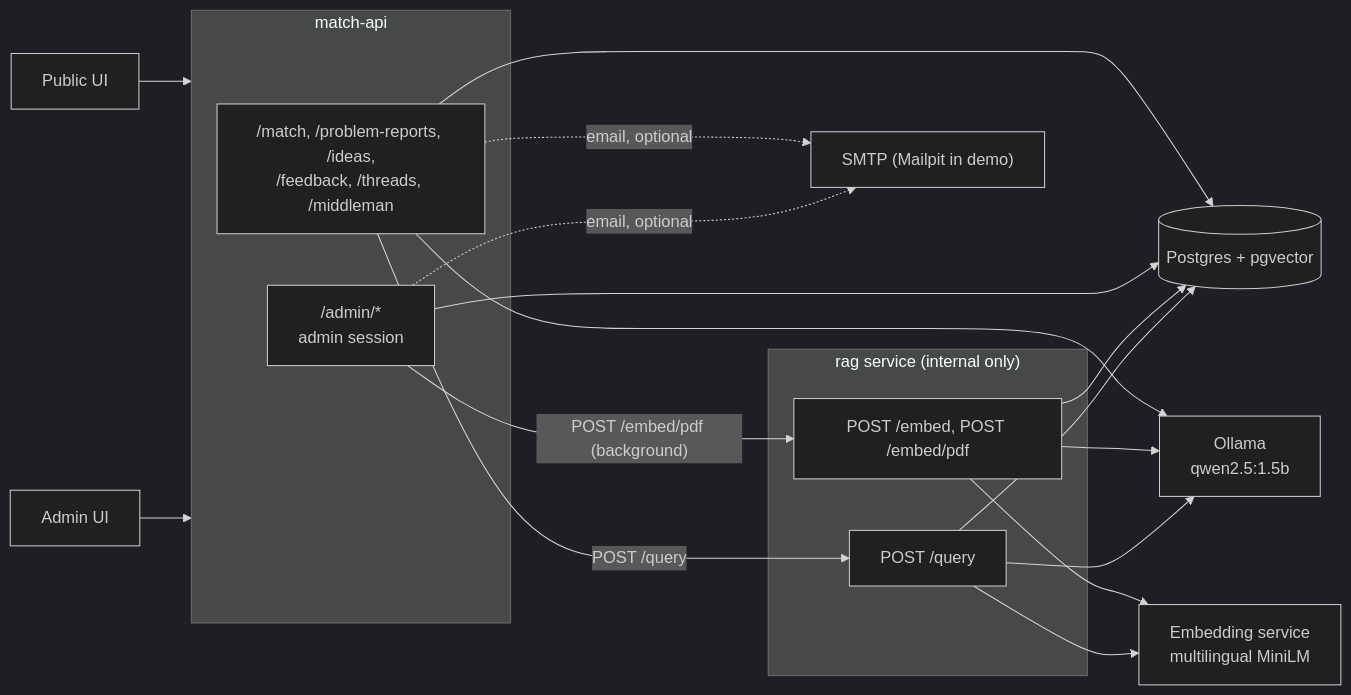
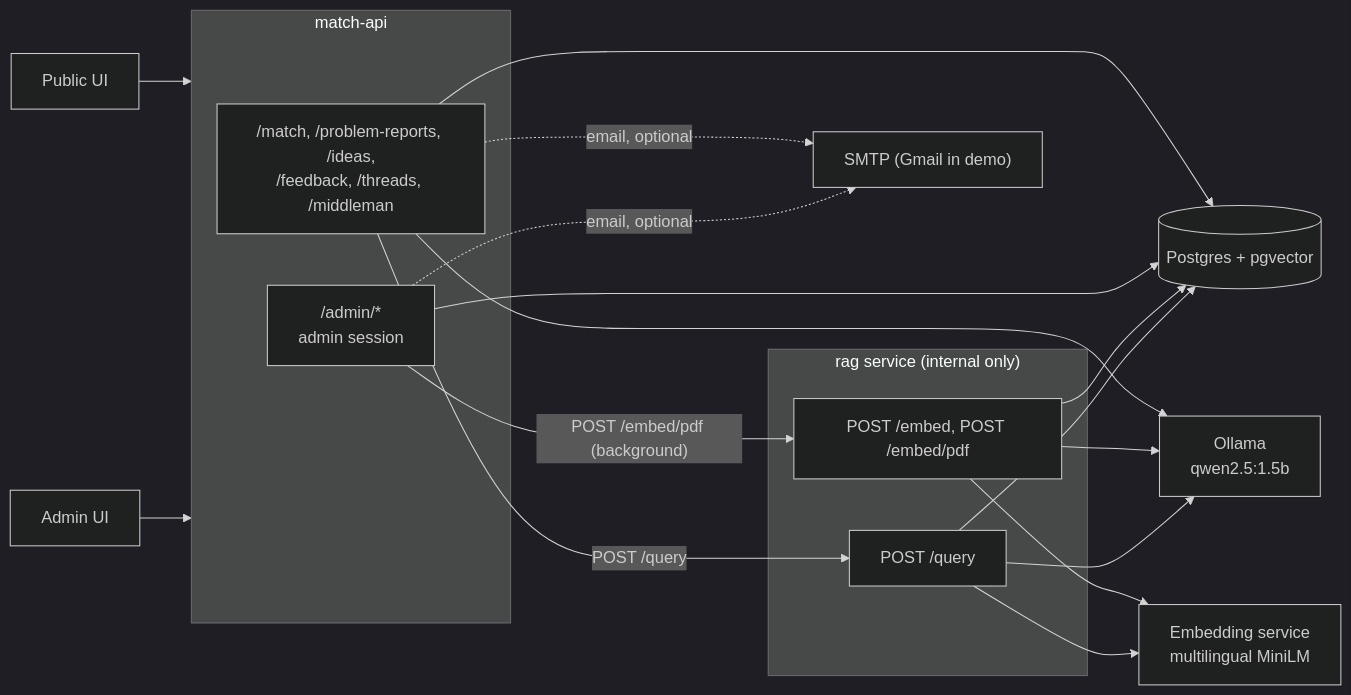
The first of 4 diagrams in documentation/backend/architecture.md (DziadBud/HackYeah2026), drawn with Mermaid (dark theme) before and after one commit. The commit also changed other lines of this file and 26 other files, not shown here.

````diff
--- a/documentation/backend/architecture.md
+++ b/documentation/backend/architecture.md
@@ -15,29 +15,29 @@
 ```mermaid
 flowchart LR
     PUI[Public UI] --> API
     AUI[Admin UI] --> API
 
     subgraph API["match-api"]
         PUB["/match, /problem-reports, /ideas,<br/>/feedback, /threads, /middleman"]
         ADM["/admin/*<br/>admin session"]
     end
 
     subgraph RAG["rag service (internal only)"]
         EMBED["POST /embed, POST /embed/pdf"]
         QRY["POST /query"]
     end
 
     DB[("Postgres + pgvector")]
     VEC[Embedding service<br/>multilingual MiniLM]
     LLM[Ollama<br/>qwen2.5:1.5b]
-    SMTP["SMTP (Mailpit in demo)"]
+    SMTP["SMTP (Gmail in demo)"]
 
     PUB & ADM --> DB
     PUB -- "POST /query" --> QRY
     ADM -- "POST /embed/pdf (background)" --> EMBED
     PUB --> LLM
     EMBED & QRY --> LLM
     EMBED & QRY --> VEC
     PUB & ADM -. "email, optional" .-> SMTP
     EMBED & QRY --> DB
 ```
````
